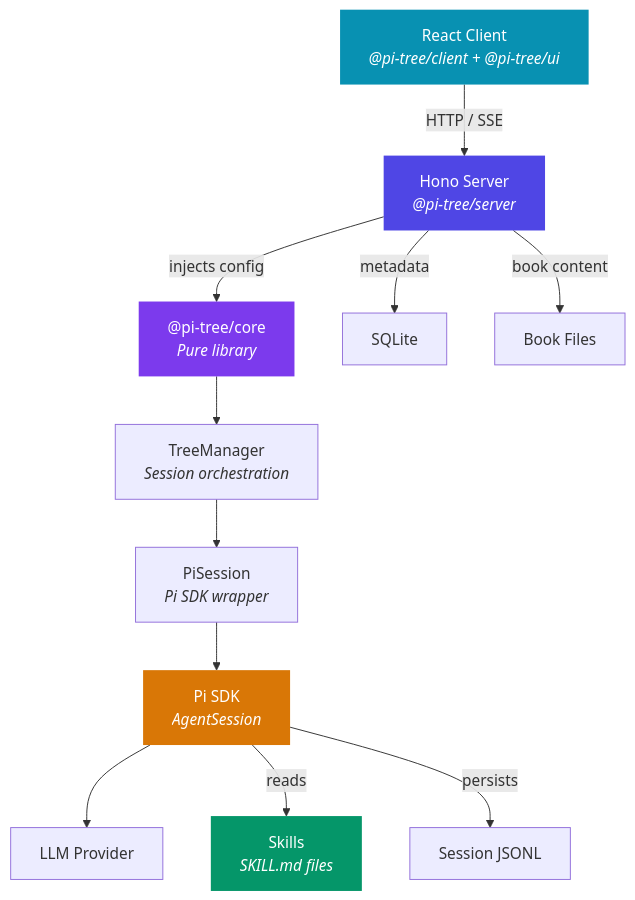
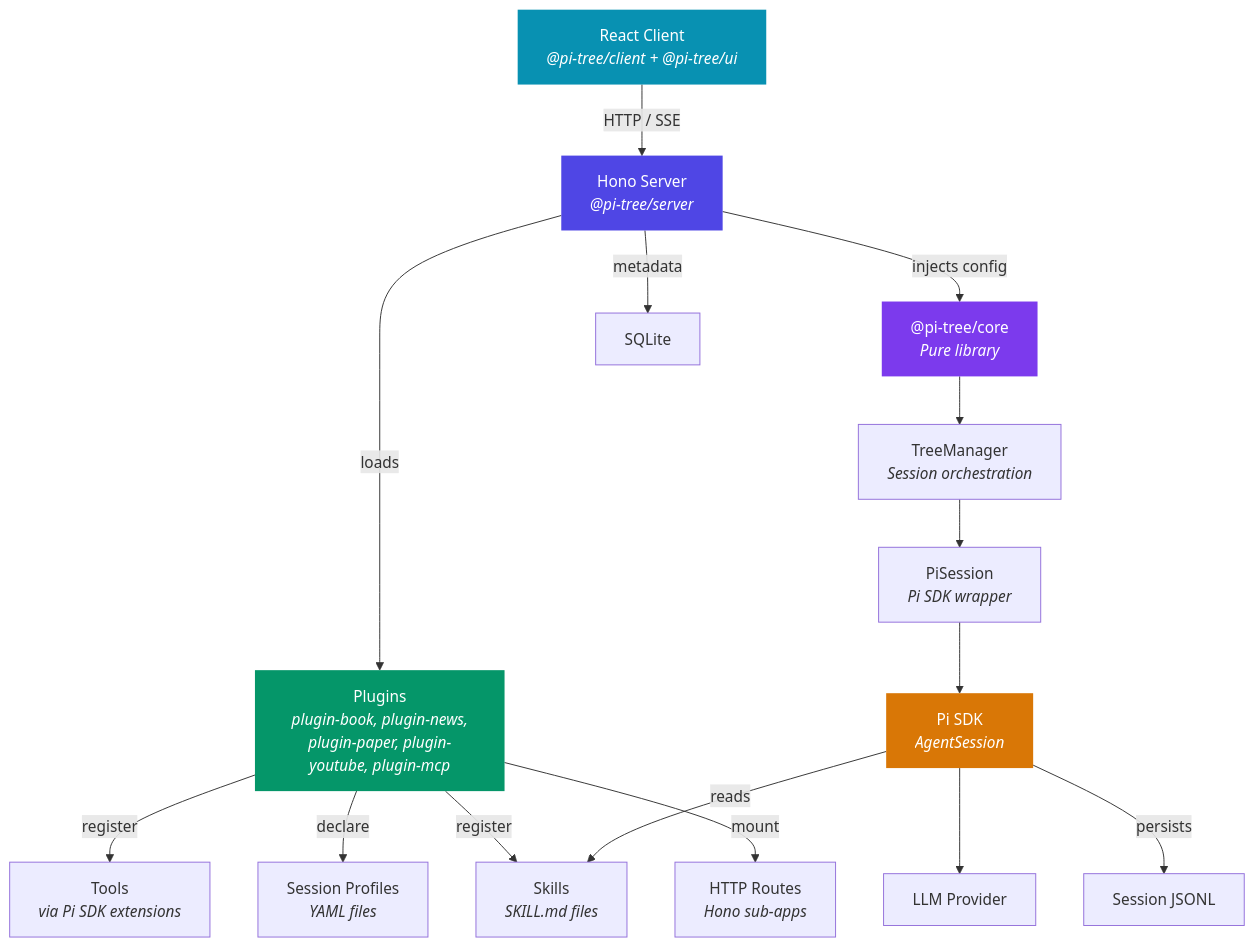
One commit to shuowu/pi-tree changed the first of 2 diagrams in docs/docs/architecture.md. Above: the diagram before and after it, drawn with Mermaid. The commit also changed other lines of this file and 5 other files, not shown here.

First line of the commit message:
docs: update for plugin architecture, restructure README for promotion

````diff
--- a/docs/docs/architecture.md
+++ b/docs/docs/architecture.md
@@ -12,22 +12,27 @@
 ```mermaid
 graph TD
     Client["React Client<br/><i>@pi-tree/client + @pi-tree/ui</i>"] -->|HTTP / SSE| Server["Hono Server<br/><i>@pi-tree/server</i>"]
     
+    Server -->|loads| Plugins["Plugins<br/><i>plugin-book, plugin-news,<br/>plugin-paper, plugin-youtube, plugin-mcp</i>"]
     Server -->|injects config| Core["@pi-tree/core<br/><i>Pure library</i>"]
     Core --> TM["TreeManager<br/><i>Session orchestration</i>"]
     TM --> PS["PiSession<br/><i>Pi SDK wrapper</i>"]
     
     PS --> SDK["Pi SDK<br/><i>AgentSession</i>"]
     SDK --> LLM["LLM Provider"]
     SDK -->|reads| Skills["Skills<br/><i>SKILL.md files</i>"]
     SDK -->|persists| JSONL["Session JSONL"]
     
+    Plugins -->|register| Skills
+    Plugins -->|register| Tools["Tools<br/><i>via Pi SDK extensions</i>"]
+    Plugins -->|declare| Profiles["Session Profiles<br/><i>YAML files</i>"]
+    Plugins -->|mount| Routes["HTTP Routes<br/><i>Hono sub-apps</i>"]
+    
     Server -->|metadata| DB["SQLite"]
-    Server -->|book content| Books["Book Files"]
 
     style Client fill:#0891b2,color:#fff,stroke:none
     style Server fill:#4f46e5,color:#fff,stroke:none
     style Core fill:#7c3aed,color:#fff,stroke:none
+    style Plugins fill:#059669,color:#fff,stroke:none
     style SDK fill:#d97706,color:#fff,stroke:none
-    style Skills fill:#059669,color:#fff,stroke:none
 ```
````
